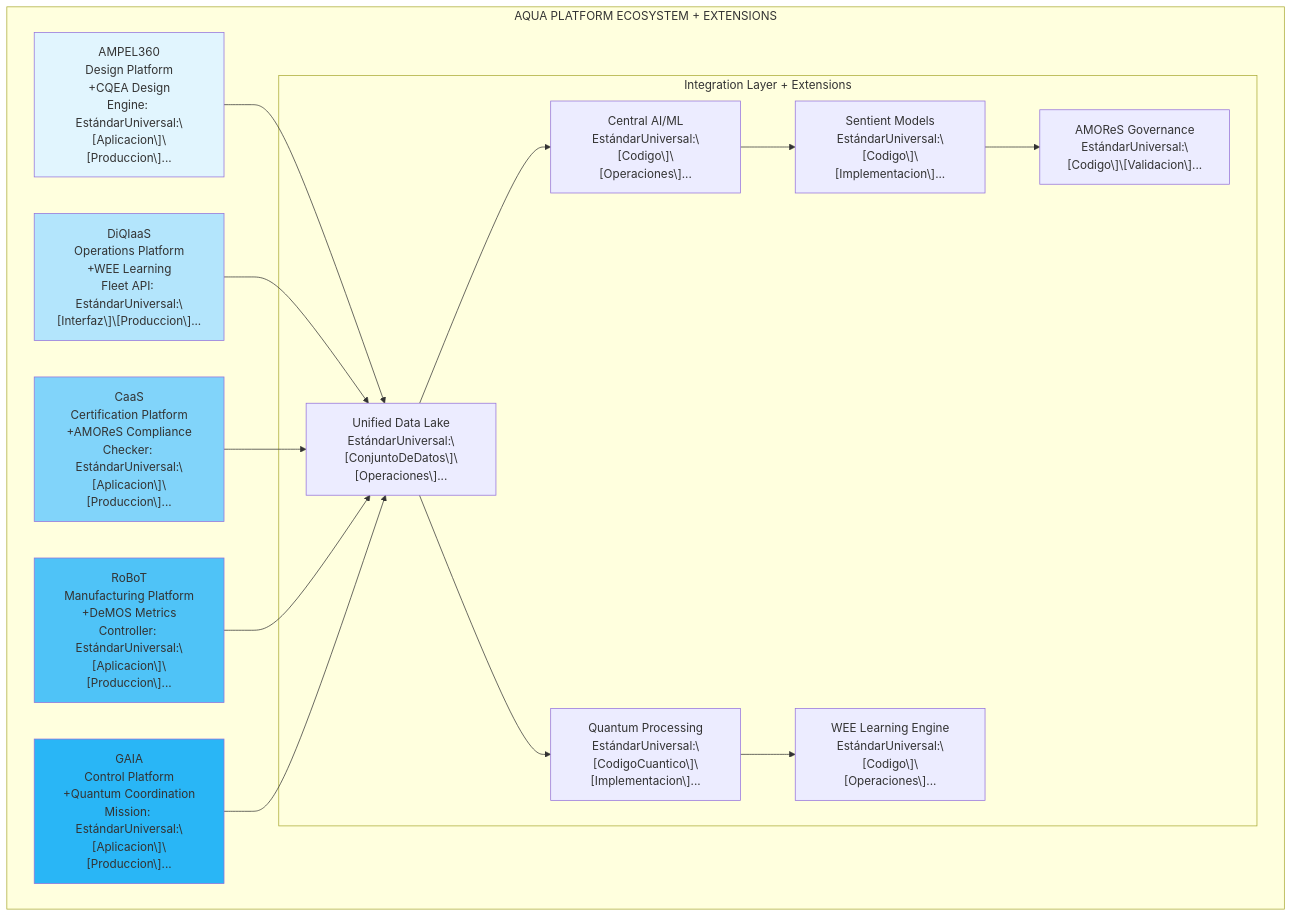
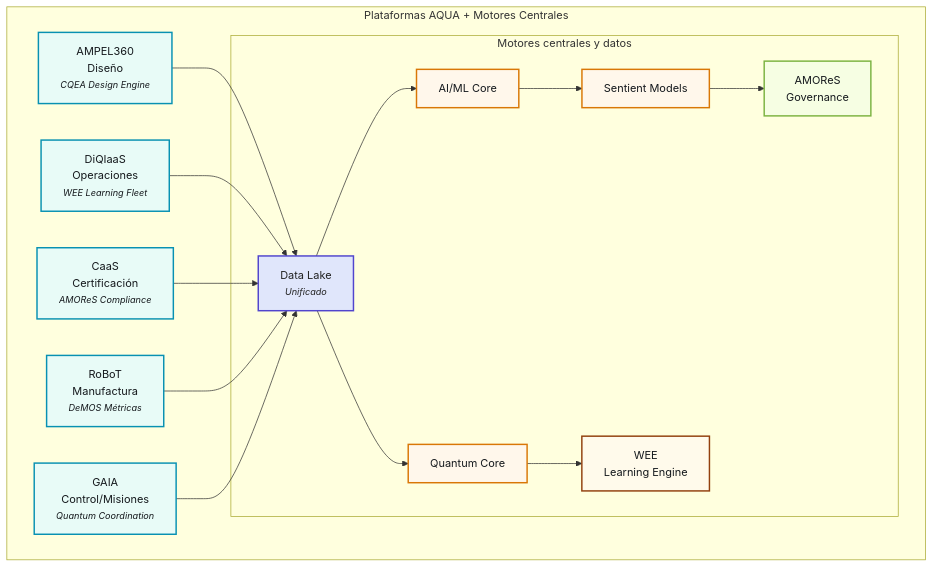
Before and after one commit to Robbbo-T/AQUA: the fifth of 5 diagrams in README.md, drawn with Mermaid. The commit also changed other lines of this file, not shown here.

````diff
--- a/README.md
+++ b/README.md
@@ -864,36 +946,46 @@
 ```mermaid
-graph TB
-    subgraph "AQUA PLATFORM ECOSYSTEM + EXTENSIONS"
-        AMPEL["AMPEL360<br/>Design Platform<br/>+CQEA Design<br/>Engine: EstándarUniversal:\[Aplicacion\]\[Produccion\]..."]
-        DIQ["DiQIaaS<br/>Operations Platform<br/>+WEE Learning<br/>Fleet API: EstándarUniversal:\[Interfaz\]\[Produccion\]..."]
-        CAAS["CaaS<br/>Certification Platform<br/>+AMOReS Compliance<br/>Checker: EstándarUniversal:\[Aplicacion\]\[Produccion\]..."]
-        ROBOT["RoBoT<br/>Manufacturing Platform<br/>+DeMOS Metrics<br/>Controller: EstándarUniversal:\[Aplicacion\]\[Produccion\]..."]
-        GAIA["GAIA<br/>Control Platform<br/>+Quantum Coordination<br/>Mission: EstándarUniversal:\[Aplicacion\]\[Produccion\]..."]
-        
-        subgraph "Integration Layer + Extensions"
-            DATA["Unified Data Lake<br/>EstándarUniversal:\[ConjuntoDeDatos\]\[Operaciones\]..."]
-            AI["Central AI/ML<br/>EstándarUniversal:\[Codigo\]\[Operaciones\]..."]
-            QUANTUM["Quantum Processing<br/>EstándarUniversal:\[CodigoCuantico\]\[Implementacion\]..."]
-            SENTIENT["Sentient Models<br/>EstándarUniversal:\[Codigo\]\[Implementacion\]..."]
-            WEE["WEE Learning Engine<br/>EstándarUniversal:\[Codigo\]\[Operaciones\]..."]
-            AMORES["AMOReS Governance<br/>EstándarUniversal:\[Codigo\]\[Validacion\]..."]
-        end
-        
-        AMPEL --> DATA
-        DIQ --> DATA
-        CAAS --> DATA
-        ROBOT --> DATA
-        GAIA --> DATA
-        DATA --> AI
-        DATA --> QUANTUM
-        AI --> SENTIENT
-        QUANTUM --> WEE
-        SENTIENT --> AMORES
+%%{init: {'themeVariables': {
+  'fontFamily': 'Inter, Arial, sans-serif',
+  'fontSize': '15px',
+  'fontWeight': 'bold',
+  'textColor': '#15191d',
+  'nodeTextColor': '#222',
+  'edgeLabelBackground':'#fff'
+}} }%%
+flowchart TB
+    subgraph "Plataformas AQUA + Motores Centrales"
+      AMPEL["AMPEL360<br>Diseño<br><small><i>CQEA Design Engine</i></small>"]:::plat
+      DIQ["DiQIaaS<br>Operaciones<br><small><i>WEE Learning Fleet</i></small>"]:::plat
+      CAAS["CaaS<br>Certificación<br><small><i>AMOReS Compliance</i></small>"]:::plat
+      ROBOT["RoBoT<br>Manufactura<br><small><i>DeMOS Métricas</i></small>"]:::plat
+      GAIA["GAIA<br>Control/Misiones<br><small><i>Quantum Coordination</i></small>"]:::plat
+
+      subgraph "Motores centrales y datos"
+        DATA["Data Lake<br><small><i>Unificado</i></small>"]:::data
+        AI["AI/ML Core"]:::engine
+        QUANT["Quantum Core"]:::engine
+        SENT["Sentient Models"]:::engine
+        WEE["WEE<br>Learning Engine"]:::weem
+        AMORES["AMOReS<br>Governance"]:::amores
+      end
     end
-    
-    style AMPEL fill:#e1f5fe
-    style DIQ fill:#b3e5fc
-    style CAAS fill:#81d4fa
-    style ROBOT fill:#4fc3f7
-    style GAIA fill:#29b6f6
+
+    AMPEL --> DATA
+    DIQ --> DATA
+    CAAS --> DATA
+    ROBOT --> DATA
+    GAIA --> DATA
+
+    DATA --> AI
+    DATA --> QUANT
+    AI --> SENT
+    QUANT --> WEE
+    SENT --> AMORES
+
+    %% Clases para colores
+    classDef plat fill:#e8fbf7,stroke:#0891b2,stroke-width:2px,color:#15191d;
+    classDef data fill:#e0e6fb,stroke:#5145CD,stroke-width:2px,color:#222;
+    classDef engine fill:#fff7eb,stroke:#d97706,stroke-width:2px,color:#15191d;
+    classDef weem fill:#fffaeb,stroke:#92400e,stroke-width:2px,color:#15191d;
+    classDef amores fill:#f6fee3,stroke:#7cb342,stroke-width:2px,color:#15191d;
 ```
````
